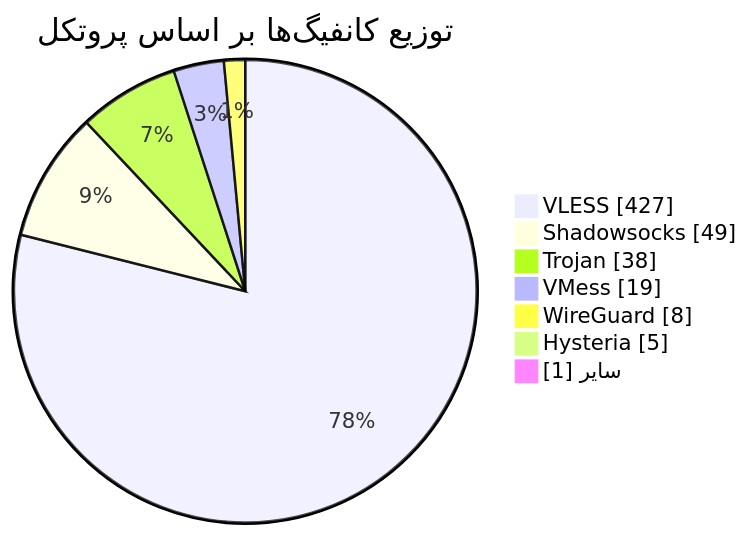
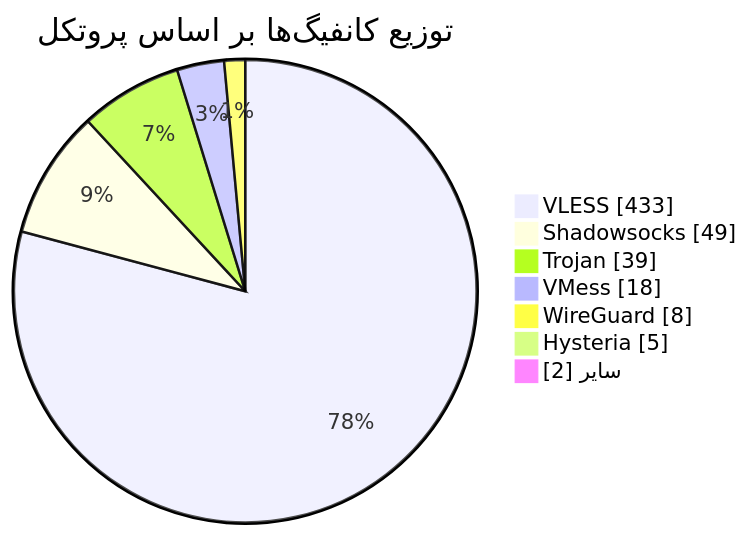
Before and after one commit to Arian-Alijani/Somthing: the diagram in README.md, drawn with Mermaid. The commit also changed other lines of this file and 19 other files, not shown here.

````diff
--- a/README.md
+++ b/README.md
@@ -49,11 +49,11 @@
 ```mermaid
 pie showData
     title توزیع کانفیگ‌ها بر اساس پروتکل
-    "VLESS" : 427
+    "VLESS" : 433
     "Shadowsocks" : 49
-    "Trojan" : 38
-    "VMess" : 19
+    "Trojan" : 39
+    "VMess" : 18
     "WireGuard" : 8
     "Hysteria" : 5
-    "سایر" : 1
+    "سایر" : 2
 ```
````
